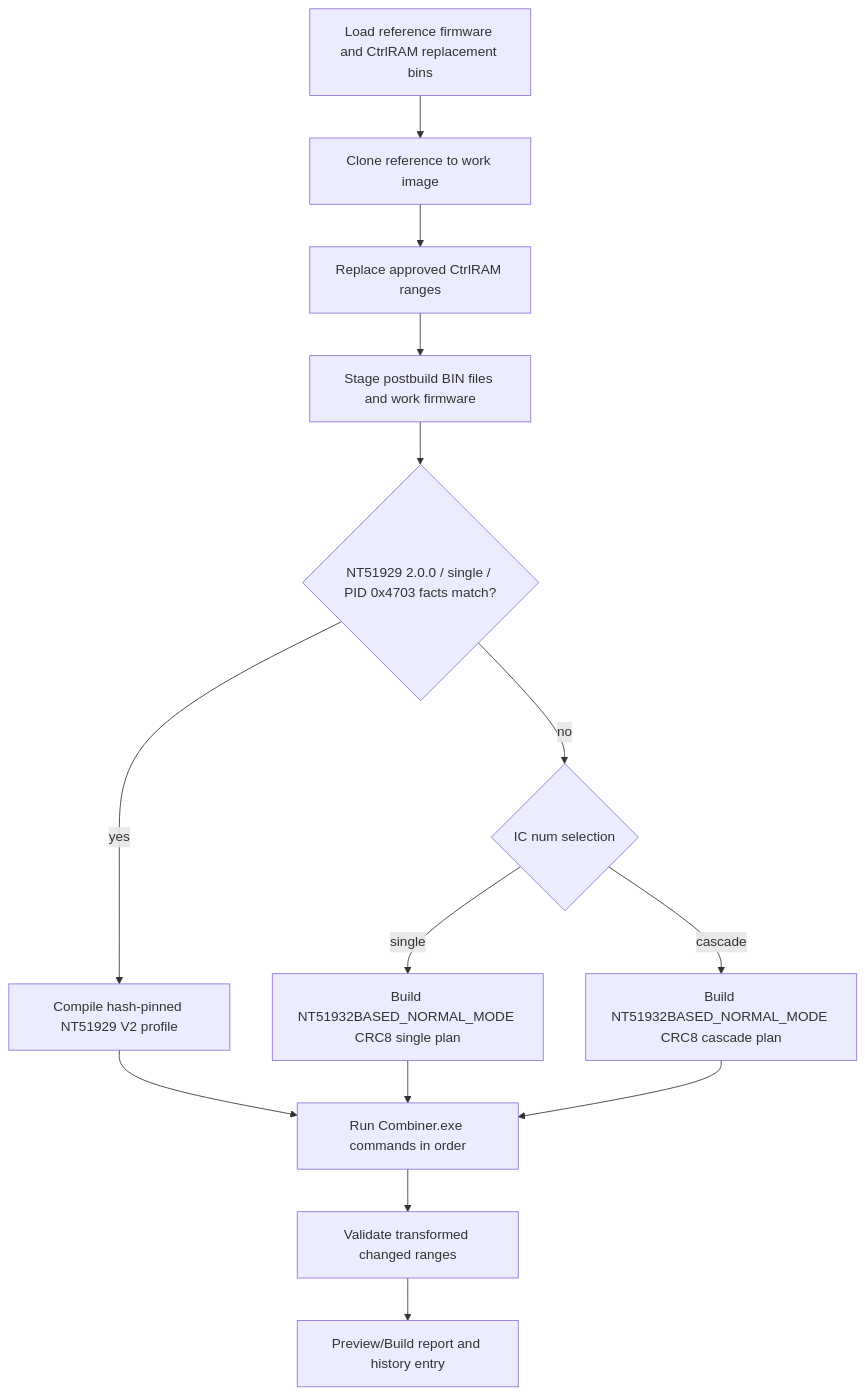
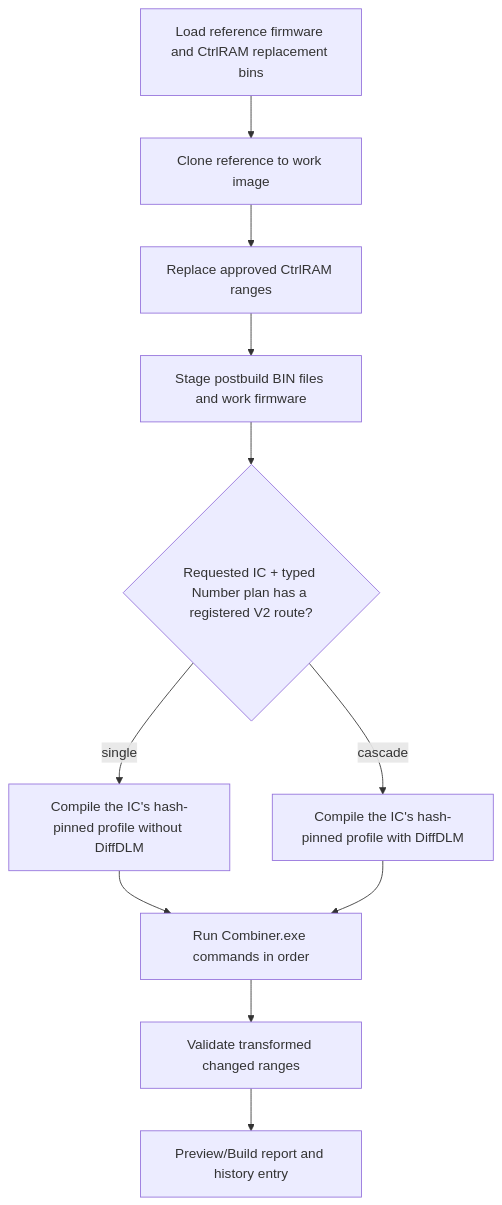
The tenth of 13 diagrams in docs/architecture/ic-workflow-flowcharts.md (Dennis40816/nvt_fw_combiner), drawn with Mermaid before and after one commit. The commit also changed other lines of this file and 133 other files, not shown here.

````diff
--- a/docs/architecture/ic-workflow-flowcharts.md
+++ b/docs/architecture/ic-workflow-flowcharts.md
@@ -257,16 +254,13 @@
 ```mermaid
 flowchart TD
     A["Load reference firmware and CtrlRAM replacement bins"] --> B["Clone reference to work image"]
     B --> C["Replace approved CtrlRAM ranges"]
     C --> D["Stage postbuild BIN files and work firmware"]
-    D --> X{"NT51929 2.0.0 / single / PID 0x4703 facts match?"}
-    X -- "yes" --> Y["Compile hash-pinned NT51929 V2 profile"]
-    X -- "no" --> E{"IC num selection"}
-    E -- "single" --> F["Build NT51932BASED_NORMAL_MODE CRC8 single plan"]
-    E -- "cascade" --> G["Build NT51932BASED_NORMAL_MODE CRC8 cascade plan"]
-    Y --> H["Run Combiner.exe commands in order"]
+    D --> E{"Requested IC + typed Number plan has a registered V2 route?"}
+    E -- "single" --> F["Compile the IC's hash-pinned profile without DiffDLM"]
+    E -- "cascade" --> G["Compile the IC's hash-pinned profile with DiffDLM"]
     F --> H["Run Combiner.exe commands in order"]
     G --> H
     H --> I["Validate transformed changed ranges"]
     I --> J["Preview/Build report and history entry"]
 ```
````
